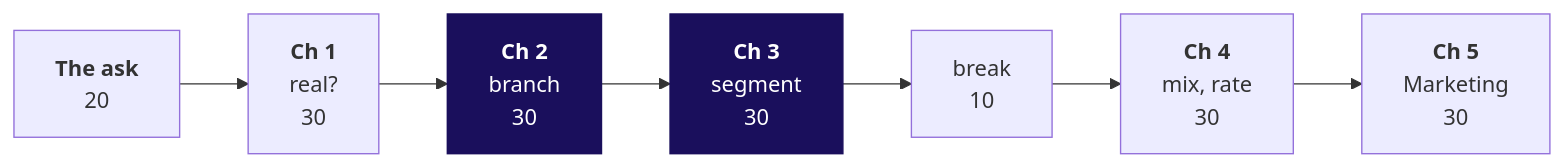
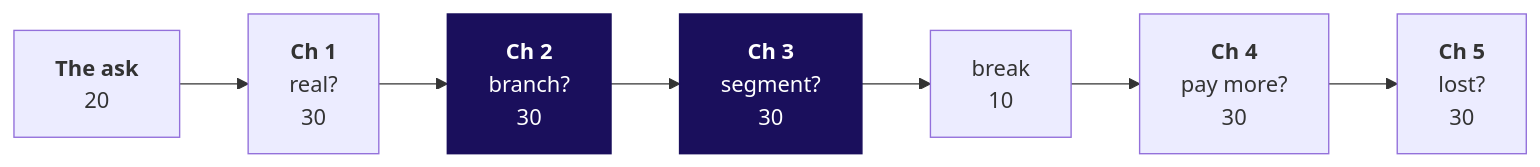
The first of 2 diagrams in content/W01/D2/trainer/C2_W01_D02_day_sheet_TRAINER.md (fde-academy-lab/c2-content-factory), drawn with Mermaid before and after one commit. The commit also changed other lines of this file and 8 other files, not shown here.

````diff
--- a/content/W01/D2/trainer/C2_W01_D02_day_sheet_TRAINER.md
+++ b/content/W01/D2/trainer/C2_W01_D02_day_sheet_TRAINER.md
@@ -26,6 +93,6 @@
 ```mermaid
 flowchart LR
-    A["<b>The ask</b><br/>20"] --> C1["<b>Ch 1</b><br/>real?<br/>30"] --> C2["<b>Ch 2</b><br/>branch<br/>30"] --> C3["<b>Ch 3</b><br/>segment<br/>30"] --> B["break<br/>10"] --> C4["<b>Ch 4</b><br/>mix, rate<br/>30"] --> C5["<b>Ch 5</b><br/>Marketing<br/>30"]
+    A["<b>The ask</b><br/>20"] --> C1["<b>Ch 1</b><br/>real?<br/>30"] --> C2["<b>Ch 2</b><br/>branch?<br/>30"] --> C3["<b>Ch 3</b><br/>segment?<br/>30"] --> B["break<br/>10"] --> C4["<b>Ch 4</b><br/>pay more?<br/>30"] --> C5["<b>Ch 5</b><br/>lost?<br/>30"]
     classDef core fill:#1A0F5C,stroke:#1A0F5C,color:#FFFFFF
     class C2,C3 core
 ```
````
